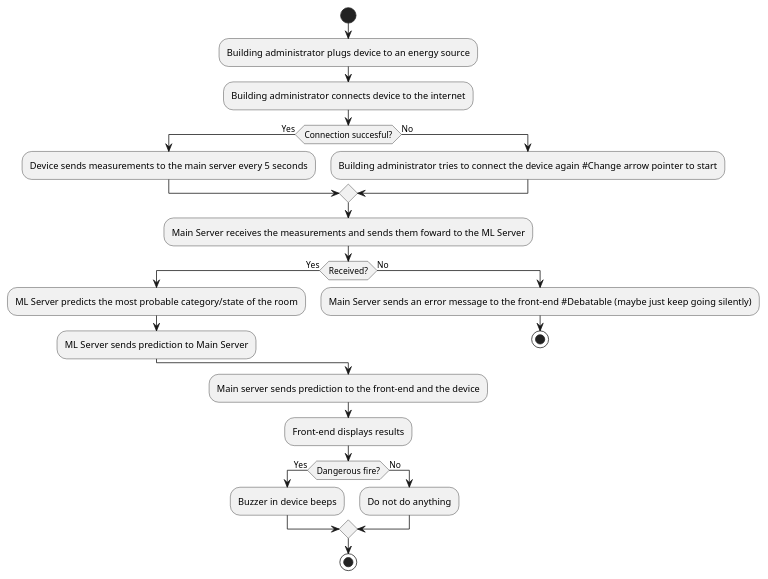
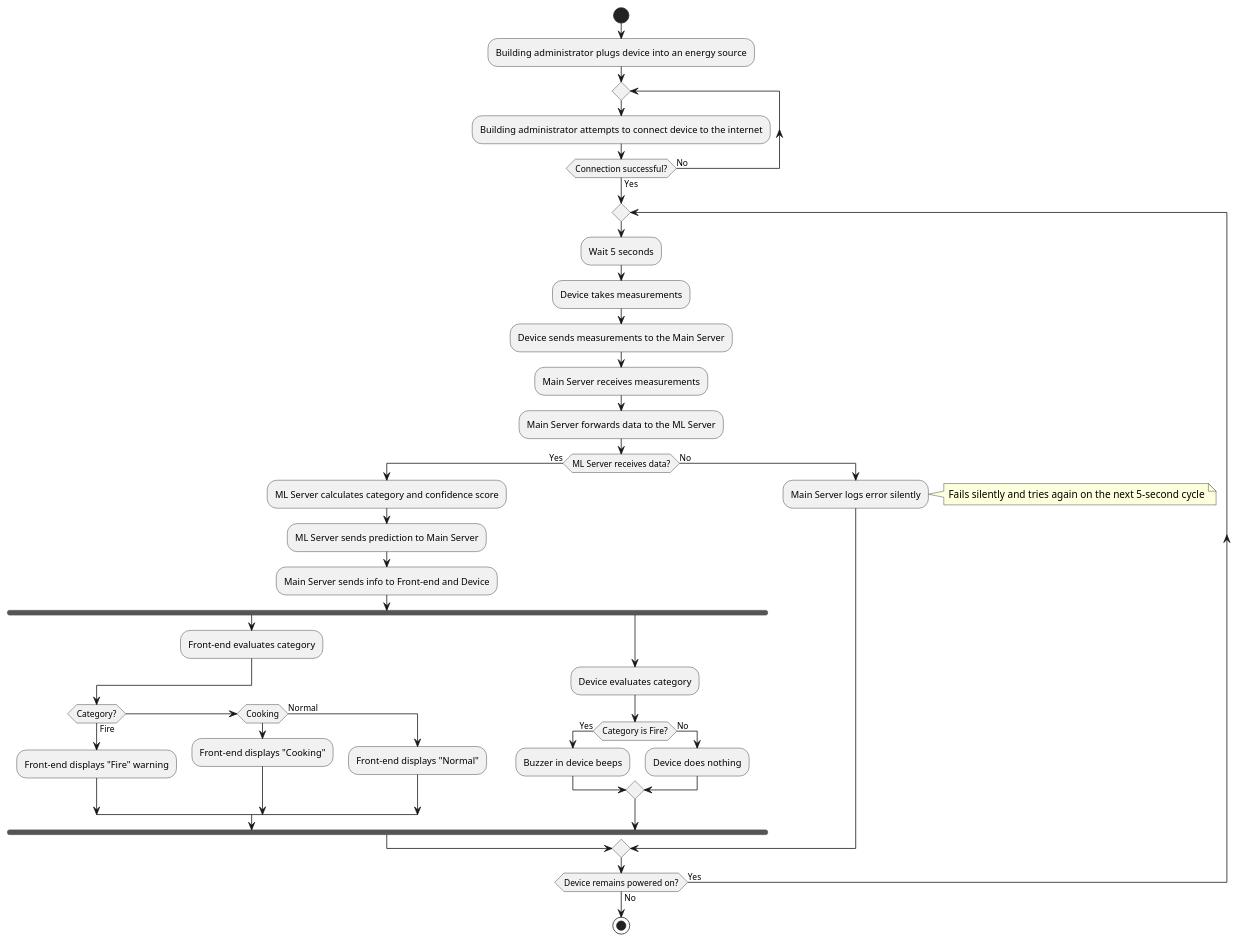
The diagram in Analysis/AD_01.puml (SEP4Spring2026/SEP4), drawn with PlantUML before and after one commit.

```diff
--- a/Analysis/AD_01.puml
+++ b/Analysis/AD_01.puml
@@ -1,28 +1,54 @@
 @startuml
 start
-:Building administrator plugs device to an energy source;
-:Building administrator connects device to the internet;
 
-if(Connection succesful?) then (Yes)
-:Device sends measurements to the main server every 5 seconds;
-else(No)
-:Building administrator tries to connect the device again #Change arrow pointer to start;
-endif
+:Building administrator plugs device into an energy source;
 
-:Main Server receives the measurements and sends them foward to the ML Server;
-if(Received?) then (Yes)
-:ML Server predicts the most probable category/state of the room;
-:ML Server sends prediction to Main Server;
-else(No)
-:Main Server sends an error message to the front-end #Debatable (maybe just keep going silently);
-stop
-endif
-:Main server sends prediction to the front-end and the device;
-:Front-end displays results;
-if(Dangerous fire?) then (Yes)
-:Buzzer in device beeps;
-else(No)
-:Do not do anything;
-endif
+' Loop for internet connection
+repeat
+  :Building administrator attempts to connect device to the internet;
+repeat while (Connection successful?) is (No) not (Yes)
+
+' Main system loop (Every 5 seconds)
+repeat
+  :Wait 5 seconds;
+  :Device takes measurements;
+  :Device sends measurements to the Main Server;
+  
+  :Main Server receives measurements;
+  :Main Server forwards data to the ML Server;
+  
+  if (ML Server receives data?) then (Yes)
+    :ML Server calculates category and confidence score;
+    :ML Server sends prediction to Main Server;
+    
+    :Main Server sends info to Front-end and Device;
+    
+    ' Fork for simultaneous updates to device and front-end
+    fork
+      :Front-end evaluates category;
+      if (Category?) then (Fire)
+        :Front-end displays "Fire" warning;
+      elseif (Cooking)
+        :Front-end displays "Cooking";
+      else (Normal)
+        :Front-end displays "Normal";
+      endif
+      
+    fork again
+      :Device evaluates category;
+      if (Category is Fire?) then (Yes)
+        :Buzzer in device beeps;
+      else (No)
+        :Device does nothing;
+      endif
+    end fork
+    
+  else (No)
+    :Main Server logs error silently;
+    note right: Fails silently and tries again on the next 5-second cycle
+  endif
+
+repeat while (Device remains powered on?) is (Yes) not (No)
+
 stop
 @enduml
```
